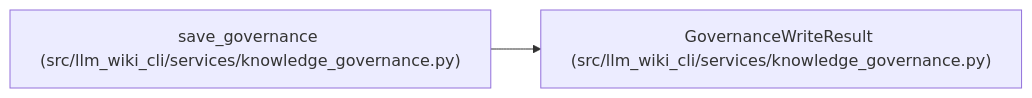
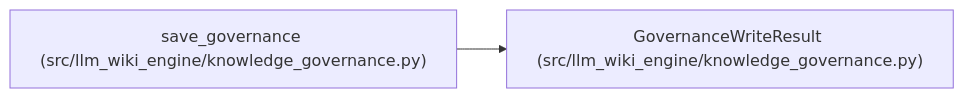
Before and after one commit to Denissvgn/python-wiki-llm: the diagram in docs/llm_wiki/entities/GovernanceWriteResult.md, drawn with Mermaid. The commit also changed other lines of this file and 1058 other files, not shown here.

First line of the commit message:
docs: refresh the wiki for the knowledge store move

````diff
--- a/docs/llm_wiki/entities/GovernanceWriteResult.md
+++ b/docs/llm_wiki/entities/GovernanceWriteResult.md
@@ -30,8 +30,8 @@
 ```mermaid
 flowchart LR
-    n0["GovernanceWriteResult (src/llm_wiki_cli/services/knowledge_governance.py)"]
-    n1["save_governance (src/llm_wiki_cli/services/knowledge_governance.py)"]
+    n0["GovernanceWriteResult (src/llm_wiki_engine/knowledge_governance.py)"]
+    n1["save_governance (src/llm_wiki_engine/knowledge_governance.py)"]
     n1 --> n0
     click n0 "../modules/knowledge_governance.md"
     click n1 "../modules/knowledge_governance.md"
 ```
````
